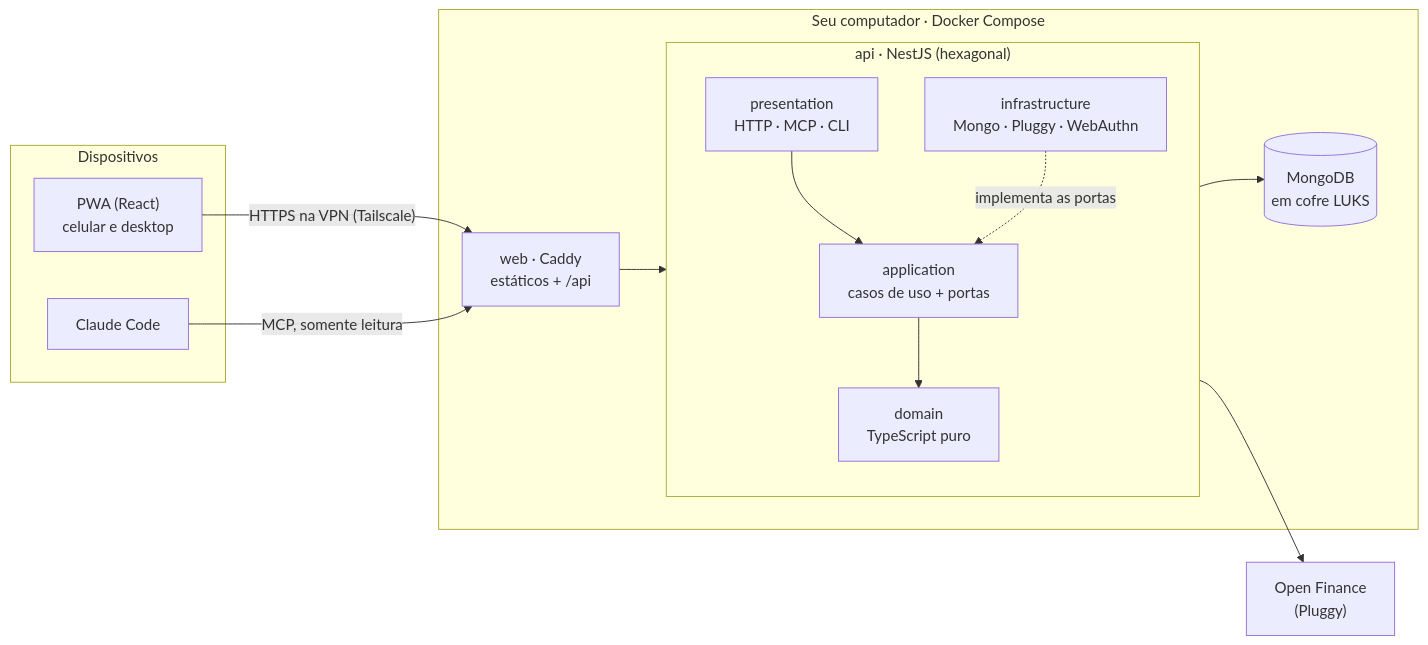
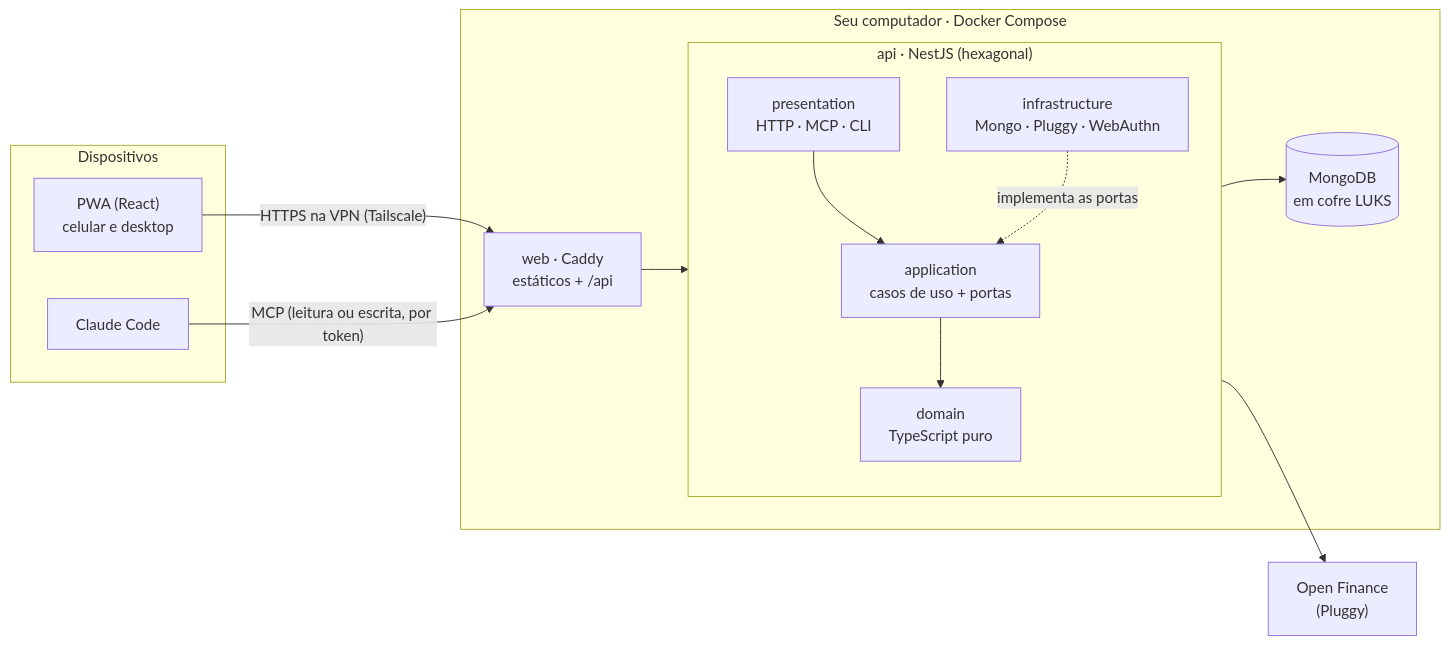
The diagram in README.md (BrunoNC22/finapp), drawn with Mermaid before and after one commit. The commit also changed other lines of this file and 38 other files, not shown here.

First line of the commit message:
feat(assistant): MCP com escrita, por escopo de token e com auditoria (ADR 0014)

````diff
--- a/README.md
+++ b/README.md
@@ -56,21 +57,21 @@
 ```mermaid
 flowchart LR
   subgraph Dispositivos
     PWA["PWA (React)<br/>celular e desktop"]
     CC["Claude Code"]
   end
   subgraph Host["Seu computador · Docker Compose"]
     WEB["web · Caddy<br/>estáticos + /api"]
     subgraph API["api · NestJS (hexagonal)"]
       direction TB
       PRES["presentation<br/>HTTP · MCP · CLI"] --> APP["application<br/>casos de uso + portas"] --> DOM["domain<br/>TypeScript puro"]
       INFRA["infrastructure<br/>Mongo · Pluggy · WebAuthn"] -. implementa as portas .-> APP
     end
     DB[("MongoDB<br/>em cofre LUKS")]
   end
   OF["Open Finance<br/>(Pluggy)"]
   PWA -- "HTTPS na VPN (Tailscale)" --> WEB --> PRES
-  CC -- "MCP, somente leitura" --> WEB
+  CC -- "MCP (leitura ou escrita, por token)" --> WEB
   INFRA --> DB
   INFRA --> OF
 ```
````
